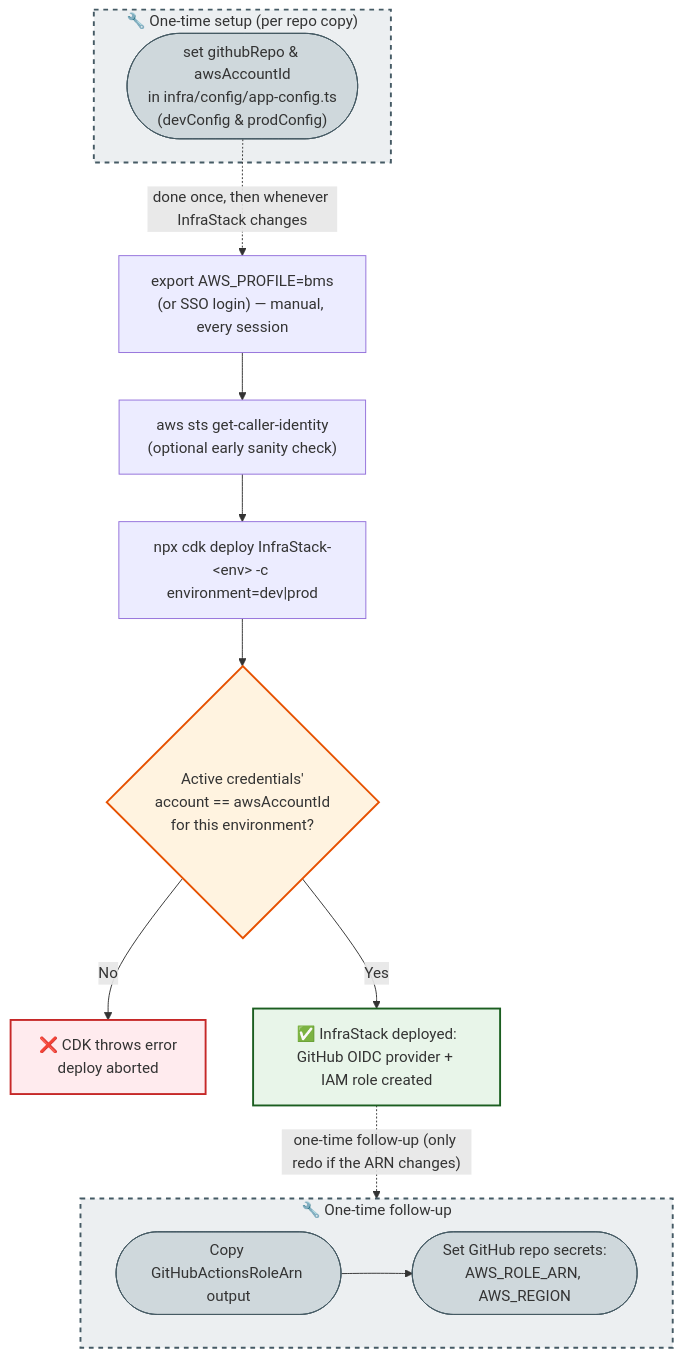
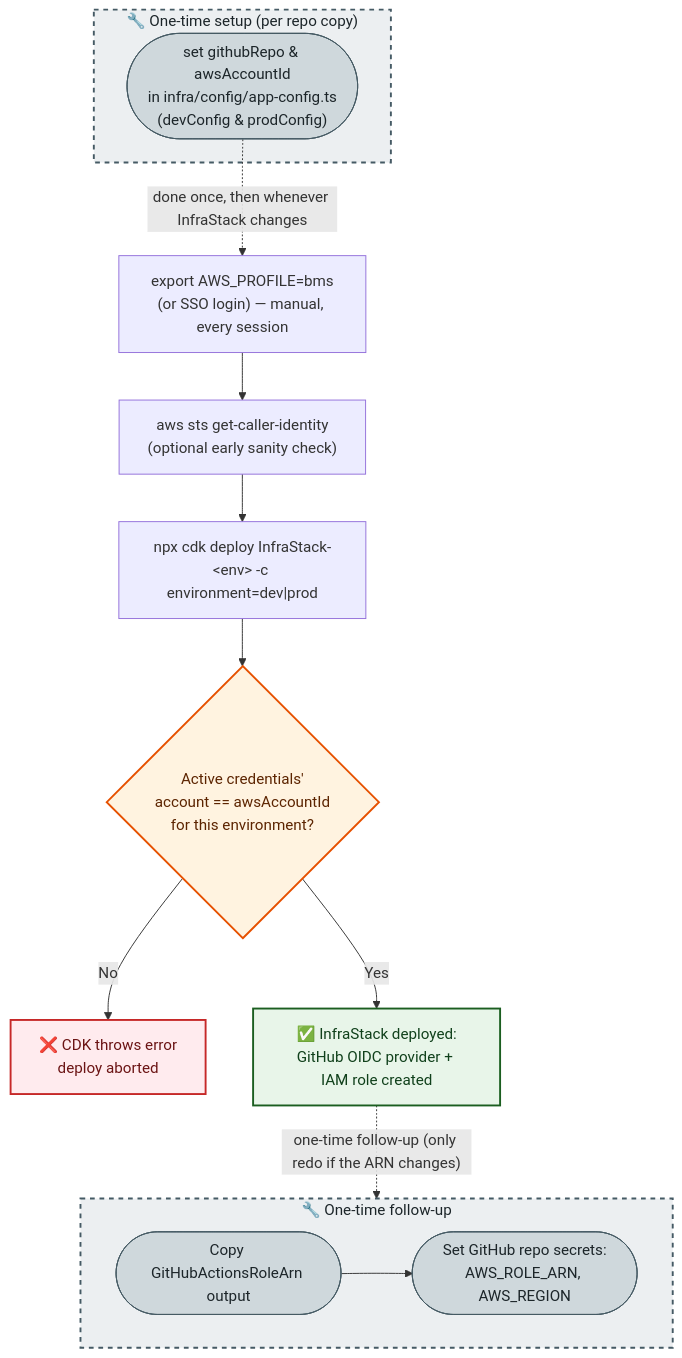
Before and after one commit to yuichiroyamaji/bms: the first of 3 diagrams in docs/deployment-flows.md, drawn with Mermaid. The commit also changed other lines of this file and 12 other files, not shown here.

First line of the commit message:
docs: tighten project docs and fix mermaid label contrast

````diff
--- a/docs/deployment-flows.md
+++ b/docs/deployment-flows.md
@@ -23,33 +30,33 @@
 ```mermaid
 flowchart TD
     subgraph Setup["🔧 One-time setup (per repo copy)"]
         A(["set githubRepo & awsAccountId<br/>in infra/config/app-config.ts<br/>(devConfig & prodConfig)"])
     end
 
     A -.->|"done once, then whenever InfraStack changes"| C["export AWS_PROFILE=bms<br/>(or SSO login) — manual, every session"]
     C --> D["aws sts get-caller-identity<br/>(optional early sanity check)"]
     D --> E["npx cdk deploy InfraStack-&lt;env&gt; -c environment=dev|prod"]
     E --> F{"Active credentials'<br/>account == awsAccountId<br/>for this environment?"}
     F -- No --> G["❌ CDK throws error<br/>deploy aborted"]
     F -- Yes --> H["✅ InfraStack deployed:<br/>GitHub OIDC provider + IAM role created"]
 
     H -.->|"one-time follow-up (only redo if the ARN changes)"| Followup
 
     subgraph Followup["🔧 One-time follow-up"]
         I(["Copy GitHubActionsRoleArn output"])
         J(["Set GitHub repo secrets:<br/>AWS_ROLE_ARN, AWS_REGION"])
         I --> J
     end
 
-    style Setup fill:#eceff1,stroke:#455a64,stroke-width:2px,stroke-dasharray: 5 5
-    style Followup fill:#eceff1,stroke:#455a64,stroke-width:2px,stroke-dasharray: 5 5
+    style Setup fill:#eceff1,stroke:#455a64,stroke-width:2px,stroke-dasharray: 5 5,color:#1c2529
+    style Followup fill:#eceff1,stroke:#455a64,stroke-width:2px,stroke-dasharray: 5 5,color:#1c2529
 
-    classDef guard fill:#fff3e0,stroke:#e65100,stroke-width:2px
-    classDef fail fill:#ffebee,stroke:#c62828,stroke-width:2px
-    classDef success fill:#e8f5e9,stroke:#1b5e20,stroke-width:2px
-    classDef setup fill:#cfd8dc,stroke:#455a64,stroke-width:1px
+    classDef guard fill:#fff3e0,stroke:#e65100,stroke-width:2px,color:#5c2400
+    classDef fail fill:#ffebee,stroke:#c62828,stroke-width:2px,color:#6b1414
+    classDef success fill:#e8f5e9,stroke:#1b5e20,stroke-width:2px,color:#10401b
+    classDef setup fill:#cfd8dc,stroke:#455a64,stroke-width:1px,color:#1c2529
     class F guard
     class G fail
     class H success
     class A,I,J setup
 ```
````
